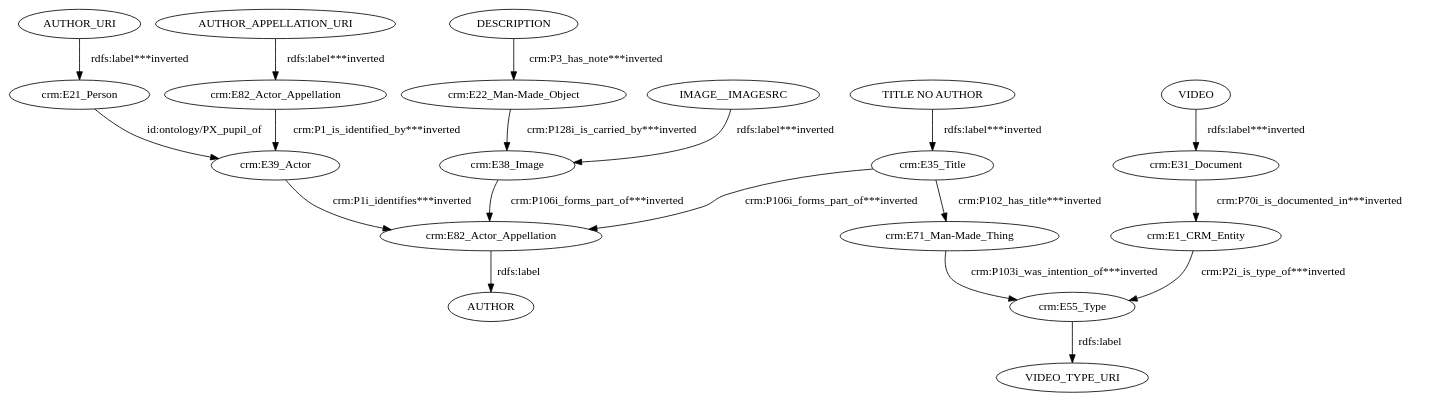
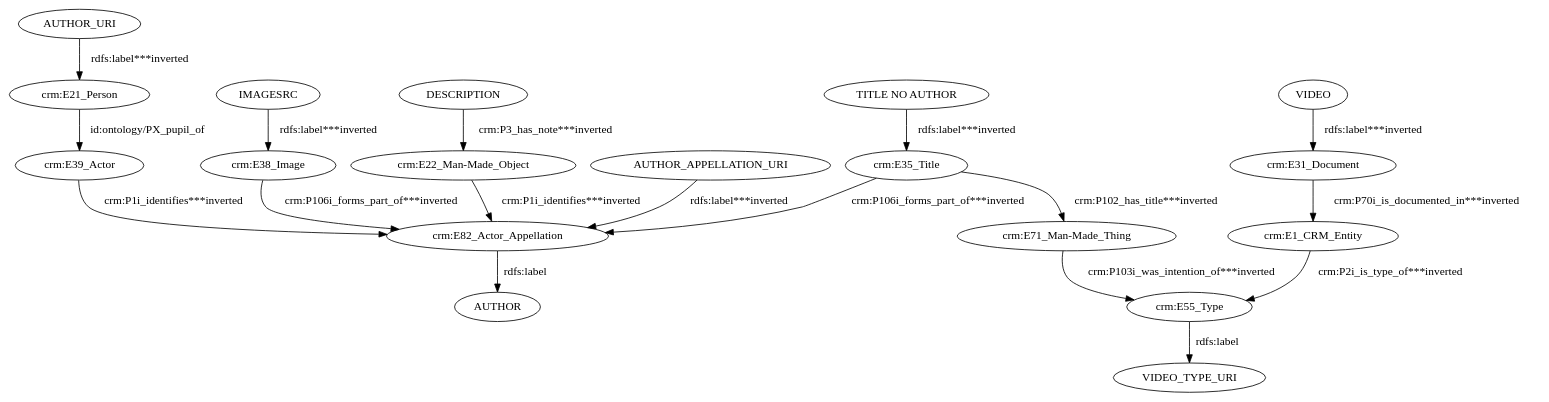
Before and after one commit to giuseppefutia/semi: the diagram in data/taheriyan2016/task_01/semantic_models/steiner/dot/s08-s-17-edited.dot, drawn with Graphviz. The commit also changed 223 other files, not shown here.

```diff
--- a/data/taheriyan2016/task_01/semantic_models/steiner/dot/s08-s-17-edited.dot
+++ b/data/taheriyan2016/task_01/semantic_models/steiner/dot/s08-s-17-edited.dot
@@ -1,39 +1,37 @@
 digraph {
   AUTHOR_APPELLATION_URI [type=attribute_name,label=AUTHOR_APPELLATION_URI]
   "crm:E82_Actor_Appellation1" [type=class_uri,label="crm:E82_Actor_Appellation"]
   AUTHOR_URI [type=attribute_name,label=AUTHOR_URI]
   "crm:E21_Person1" [type=class_uri,label="crm:E21_Person"]
   DESCRIPTION [type=attribute_name,label=DESCRIPTION]
   "crm:E22_Man-Made_Object1" [type=class_uri,label="crm:E22_Man-Made_Object"]
-  IMAGE__IMAGESRC [type=attribute_name,label=IMAGE__IMAGESRC]
+  IMAGESRC [type=attribute_name,label=IMAGESRC]
   "crm:E38_Image1" [type=class_uri,label="crm:E38_Image"]
   "TITLE NO AUTHOR" [type=attribute_name,label="TITLE NO AUTHOR"]
   "crm:E35_Title1" [type=class_uri,label="crm:E35_Title"]
   VIDEO [type=attribute_name,label=VIDEO]
   "crm:E31_Document1" [type=class_uri,label="crm:E31_Document"]
   "crm:E1_CRM_Entity" [type=class_uri,label="crm:E1_CRM_Entity"]
   "crm:E55_Type1" [type=class_uri,label="crm:E55_Type"]
   "crm:E39_Actor" [type=class_uri,label="crm:E39_Actor"]
   "crm:E71_Man-Made_Thing" [type=class_uri,label="crm:E71_Man-Made_Thing"]
-  "crm:E82_Actor_Appellation2" [type=class_uri,label="crm:E82_Actor_Appellation"]
   VIDEO_TYPE_URI [type=attribute_name,label=VIDEO_TYPE_URI]
   AUTHOR [type=attribute_name,label=AUTHOR]
-  AUTHOR_APPELLATION_URI -> "crm:E82_Actor_Appellation1" [type=st_property_uri,label="rdfs:label***inverted"]
-  AUTHOR_URI -> "crm:E21_Person1" [type=st_property_uri,label="rdfs:label***inverted"]
-  DESCRIPTION -> "crm:E22_Man-Made_Object1" [type=st_property_uri,label="crm:P3_has_note***inverted"]
-  IMAGE__IMAGESRC -> "crm:E38_Image1" [type=st_property_uri,label="rdfs:label***inverted"]
-  "TITLE NO AUTHOR" -> "crm:E35_Title1" [type=st_property_uri,label="rdfs:label***inverted"]
-  VIDEO -> "crm:E31_Document1" [type=st_property_uri,label="rdfs:label***inverted"]
-  "crm:E1_CRM_Entity" -> "crm:E55_Type1" [type=direct_property_uri,label="crm:P2i_is_type_of***inverted"]
-  "crm:E21_Person1" -> "crm:E39_Actor" [label="id:ontology/PX_pupil_of",type=direct_property_uri]
-  "crm:E22_Man-Made_Object1" -> "crm:E38_Image1" [type=inherited,label="crm:P128i_is_carried_by***inverted"]
-  "crm:E31_Document1" -> "crm:E1_CRM_Entity" [type=direct_property_uri,label="crm:P70i_is_documented_in***inverted"]
-  "crm:E35_Title1" -> "crm:E71_Man-Made_Thing" [type=direct_property_uri,label="crm:P102_has_title***inverted"]
-  "crm:E35_Title1" -> "crm:E82_Actor_Appellation2" [type=inherited,label="crm:P106i_forms_part_of***inverted"]
-  "crm:E38_Image1" -> "crm:E82_Actor_Appellation2" [type=inherited,label="crm:P106i_forms_part_of***inverted"]
-  "crm:E39_Actor" -> "crm:E82_Actor_Appellation2" [type=inherited,label="crm:P1i_identifies***inverted"]
+  AUTHOR_APPELLATION_URI -> "crm:E82_Actor_Appellation1" [type=st_property_uri,label="rdfs:label***inverted",weight=1]
+  AUTHOR_URI -> "crm:E21_Person1" [type=st_property_uri,label="rdfs:label***inverted",weight=1]
+  DESCRIPTION -> "crm:E22_Man-Made_Object1" [type=st_property_uri,label="crm:P3_has_note***inverted",weight=1]
+  IMAGESRC -> "crm:E38_Image1" [type=st_property_uri,label="rdfs:label***inverted",weight=1]
+  "TITLE NO AUTHOR" -> "crm:E35_Title1" [type=st_property_uri,label="rdfs:label***inverted",weight=1]
+  VIDEO -> "crm:E31_Document1" [type=st_property_uri,label="rdfs:label***inverted",weight=1]
+  "crm:E1_CRM_Entity" -> "crm:E55_Type1" [type=direct_property_uri,label="crm:P2i_is_type_of***inverted",weight=1]
+  "crm:E21_Person1" -> "crm:E39_Actor" [label="id:ontology/PX_pupil_of",type=direct_property_uri,weight=1]
+  "crm:E22_Man-Made_Object1" -> "crm:E82_Actor_Appellation1" [type=inherited,label="crm:P1i_identifies***inverted",weight=4]
+  "crm:E31_Document1" -> "crm:E1_CRM_Entity" [type=direct_property_uri,label="crm:P70i_is_documented_in***inverted",weight=1]
+  "crm:E35_Title1" -> "crm:E71_Man-Made_Thing" [type=direct_property_uri,label="crm:P102_has_title***inverted",weight=1]
+  "crm:E35_Title1" -> "crm:E82_Actor_Appellation1" [type=inherited,label="crm:P106i_forms_part_of***inverted",weight=4]
+  "crm:E38_Image1" -> "crm:E82_Actor_Appellation1" [type=inherited,label="crm:P106i_forms_part_of***inverted",weight=4]
+  "crm:E39_Actor" -> "crm:E82_Actor_Appellation1" [type=inherited,label="crm:P1i_identifies***inverted",weight=4]
   "crm:E55_Type1" -> VIDEO_TYPE_URI [label="rdfs:label",type=st_property_uri]
-  "crm:E71_Man-Made_Thing" -> "crm:E55_Type1" [type=direct_property_uri,label="crm:P103i_was_intention_of***inverted"]
-  "crm:E82_Actor_Appellation1" -> "crm:E39_Actor" [type=inherited,label="crm:P1_is_identified_by***inverted"]
-  "crm:E82_Actor_Appellation2" -> AUTHOR [label="rdfs:label",type=st_property_uri]
+  "crm:E71_Man-Made_Thing" -> "crm:E55_Type1" [type=direct_property_uri,label="crm:P103i_was_intention_of***inverted",weight=1]
+  "crm:E82_Actor_Appellation1" -> AUTHOR [label="rdfs:label",type=st_property_uri]
 }
```
